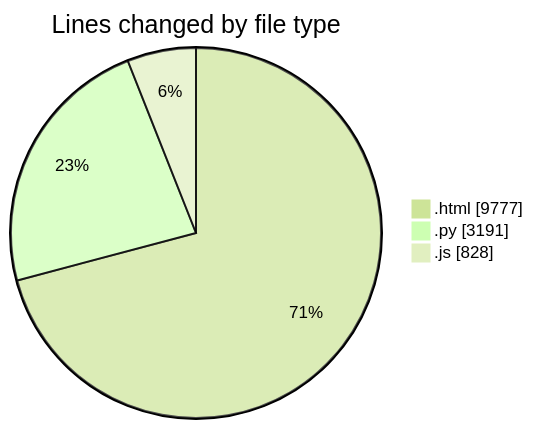
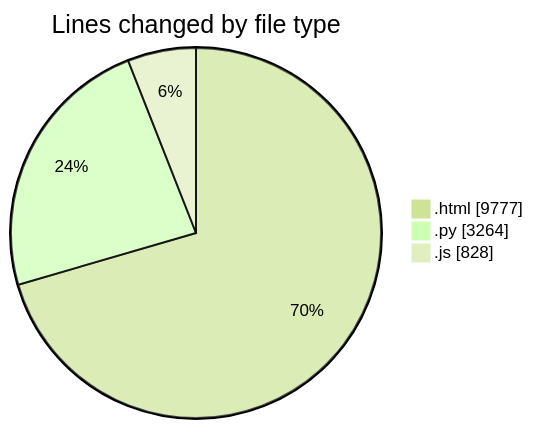
Before and after one commit to shibass792/code-tracking: the first of 2 diagrams in 2026-07-12/untitled__workspace_/README.md, drawn with Mermaid (forest theme). The commit also changed other lines of this file and 1 other file, not shown here.

````diff
--- a/2026-07-12/untitled__workspace_/README.md
+++ b/2026-07-12/untitled__workspace_/README.md
@@ -28,7 +28,7 @@
 ```mermaid
 pie showData
 title Lines changed by file type
 ".html" : 9777
-".py" : 3191
+".py" : 3264
 ".js" : 828
 ```
````
